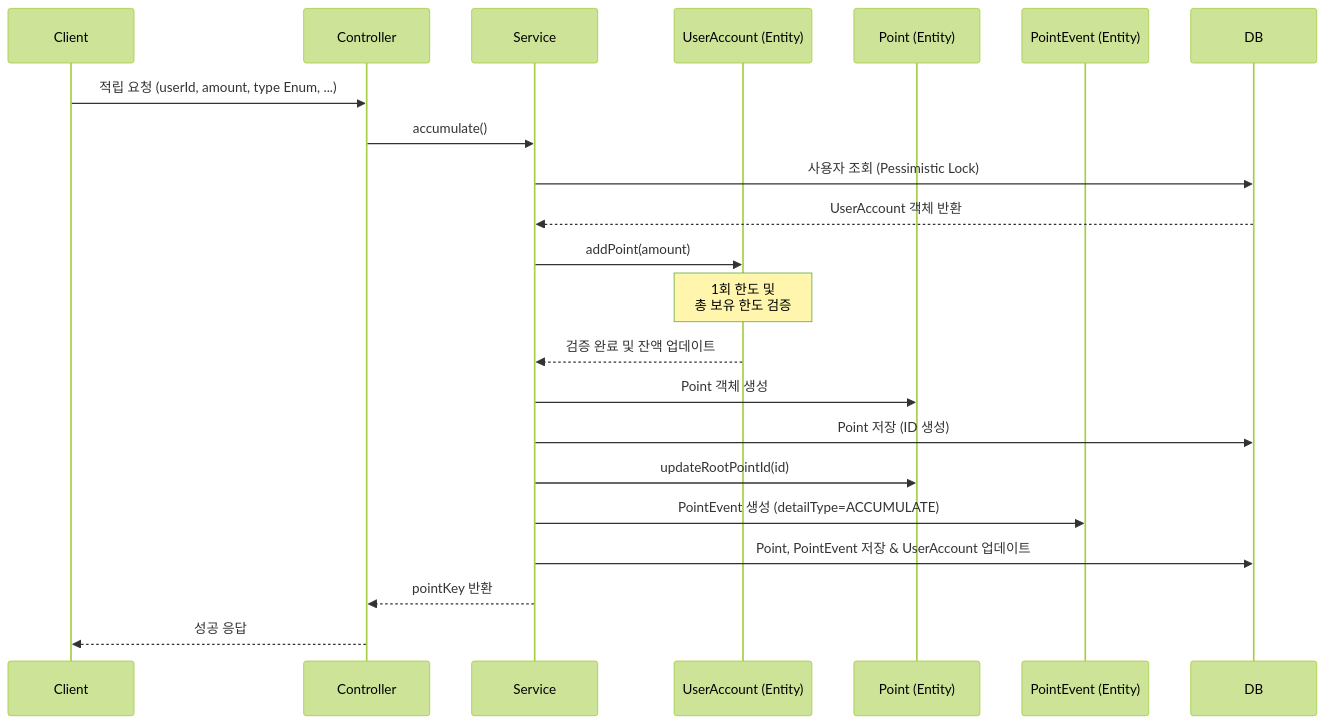
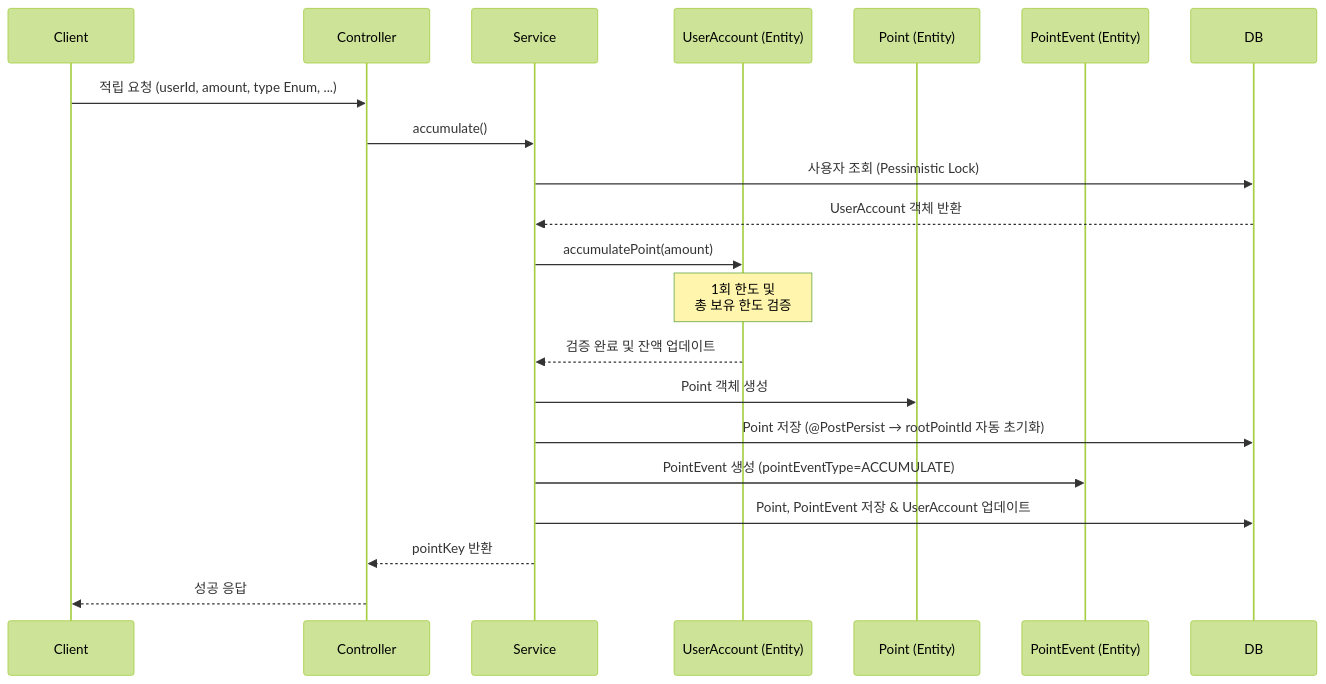
Before and after one commit to muzzaiwork/point: the diagram in docs/api/적립.md, drawn with Mermaid (forest theme). The commit also changed other lines of this file and 1 other file, not shown here.

Commit message:
포인트 적립 API 문서 정리 (pointSourceType, accumulatePoint, pointEventType 반영)

````diff
--- a/docs/api/적립.md
+++ b/docs/api/적립.md
@@ -60,26 +60,25 @@
 ```mermaid
 sequenceDiagram
     participant Client
     participant Controller
     participant Service
     participant UserAccountEntity as UserAccount (Entity)
     participant PointEntity as Point (Entity)
     participant EventEntity as PointEvent (Entity)
     participant DB as DB
 
     Client->>Controller: 적립 요청 (userId, amount, type Enum, ...)
     Controller->>Service: accumulate()
     Service->>DB: 사용자 조회 (Pessimistic Lock)
     DB-->>Service: UserAccount 객체 반환
-    Service->>UserAccountEntity: addPoint(amount)
+    Service->>UserAccountEntity: accumulatePoint(amount)
     Note over UserAccountEntity: 1회 한도 및<br/>총 보유 한도 검증
     UserAccountEntity-->>Service: 검증 완료 및 잔액 업데이트
     
     Service->>PointEntity: Point 객체 생성
-    Service->>DB: Point 저장 (ID 생성)
-    Service->>PointEntity: updateRootPointId(id)
-    Service->>EventEntity: PointEvent 생성 (detailType=ACCUMULATE)
+    Service->>DB: Point 저장 (@PostPersist → rootPointId 자동 초기화)
+    Service->>EventEntity: PointEvent 생성 (pointEventType=ACCUMULATE)
     Service->>DB: Point, PointEvent 저장 & UserAccount 업데이트
     Service-->>Controller: pointKey 반환
     Controller-->>Client: 성공 응답
 ```
````
